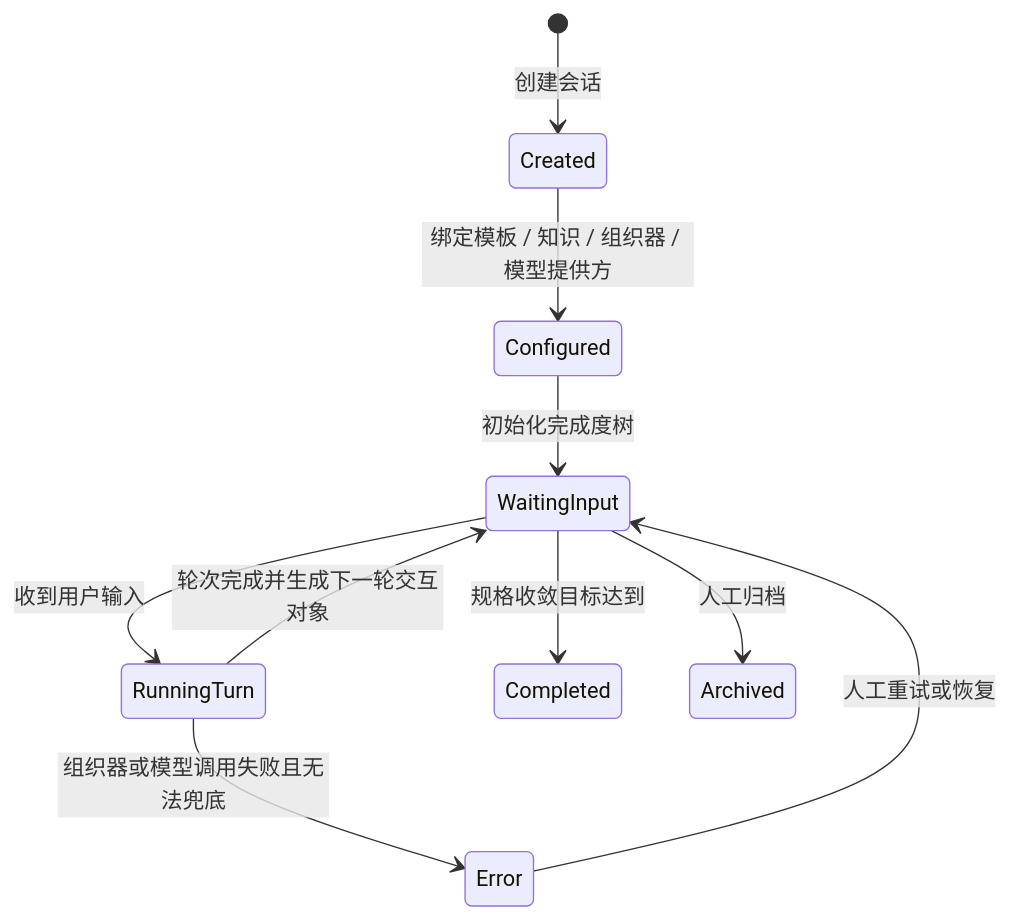
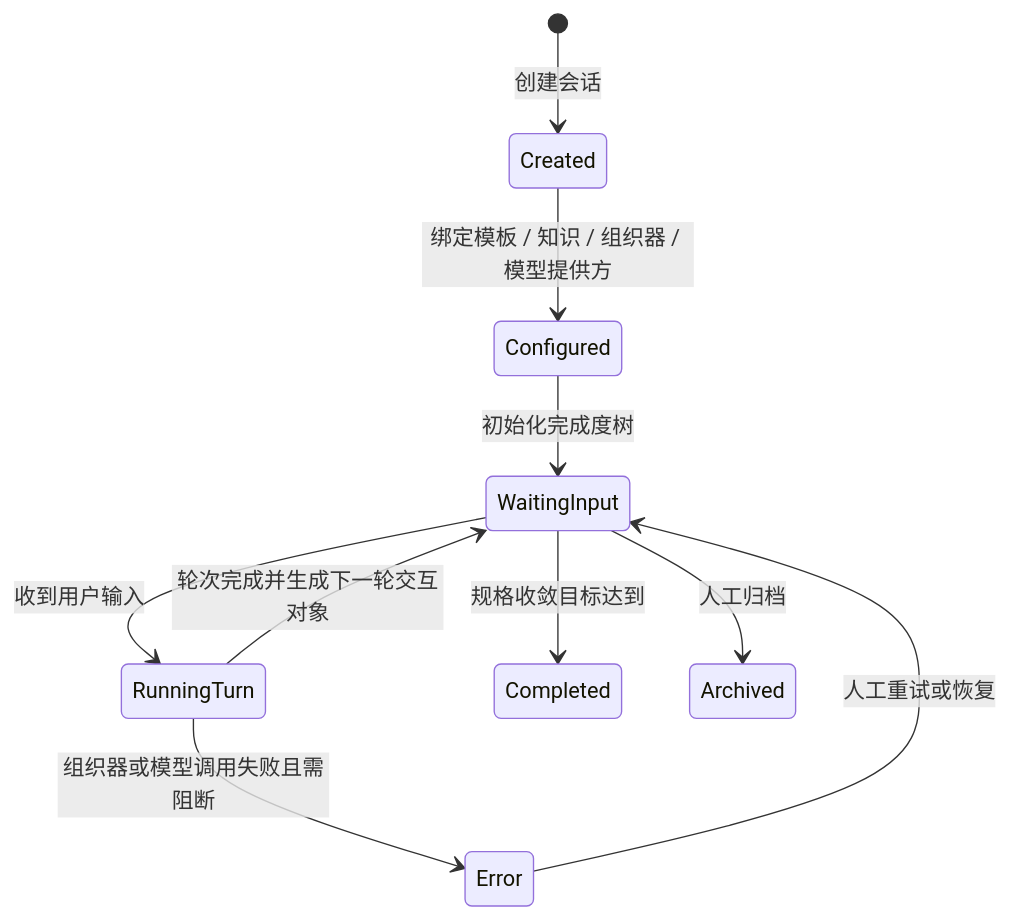
Before and after one commit to wgwtest/CodeFactoryV2: diagram 22 of 35 in DOC/CODEX_DOC/02_设计说明/P2_需求分析系统/P2-需求分析系统设计.md, drawn with Mermaid. The commit also changed other lines of this file and 43 other files, not shown here.

````diff
--- a/DOC/CODEX_DOC/02_设计说明/P2_需求分析系统/P2-需求分析系统设计.md
+++ b/DOC/CODEX_DOC/02_设计说明/P2_需求分析系统/P2-需求分析系统设计.md
@@ -2826,12 +2830,12 @@
 ```mermaid
 stateDiagram-v2
   [*] --> Created: 创建会话
   Created --> Configured: 绑定模板 / 知识 / 组织器 / 模型提供方
   Configured --> WaitingInput: 初始化完成度树
   WaitingInput --> RunningTurn: 收到用户输入
   RunningTurn --> WaitingInput: 轮次完成并生成下一轮交互对象
   WaitingInput --> Completed: 规格收敛目标达到
   WaitingInput --> Archived: 人工归档
-  RunningTurn --> Error: 组织器或模型调用失败且无法兜底
+  RunningTurn --> Error: 组织器或模型调用失败且需阻断
   Error --> WaitingInput: 人工重试或恢复
 ```
````
